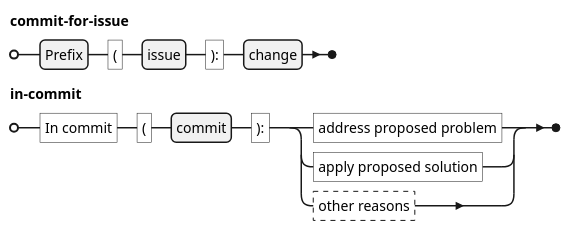
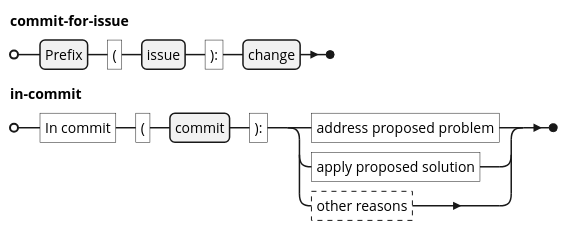
The diagram in media/source/issue-in-commit.puml (Tan630/Agolearn), drawn with PlantUML before and after one commit. The commit also changed 3 other files, not shown here.

Commit message:
doc(contributing-media): Change diagram fonts

```diff
--- a/media/source/issue-in-commit.puml
+++ b/media/source/issue-in-commit.puml
@@ -1,4 +1,5 @@
 @startebnf
+skinparam defaultfontname "Open Sans"
 commit-for-issue = Prefix, "(", issue, "):", change;
 in-commit = "In commit", "(", commit, "):", ("address proposed problem" | "apply proposed solution" | ?other reasons?);
 @endebnf
```
